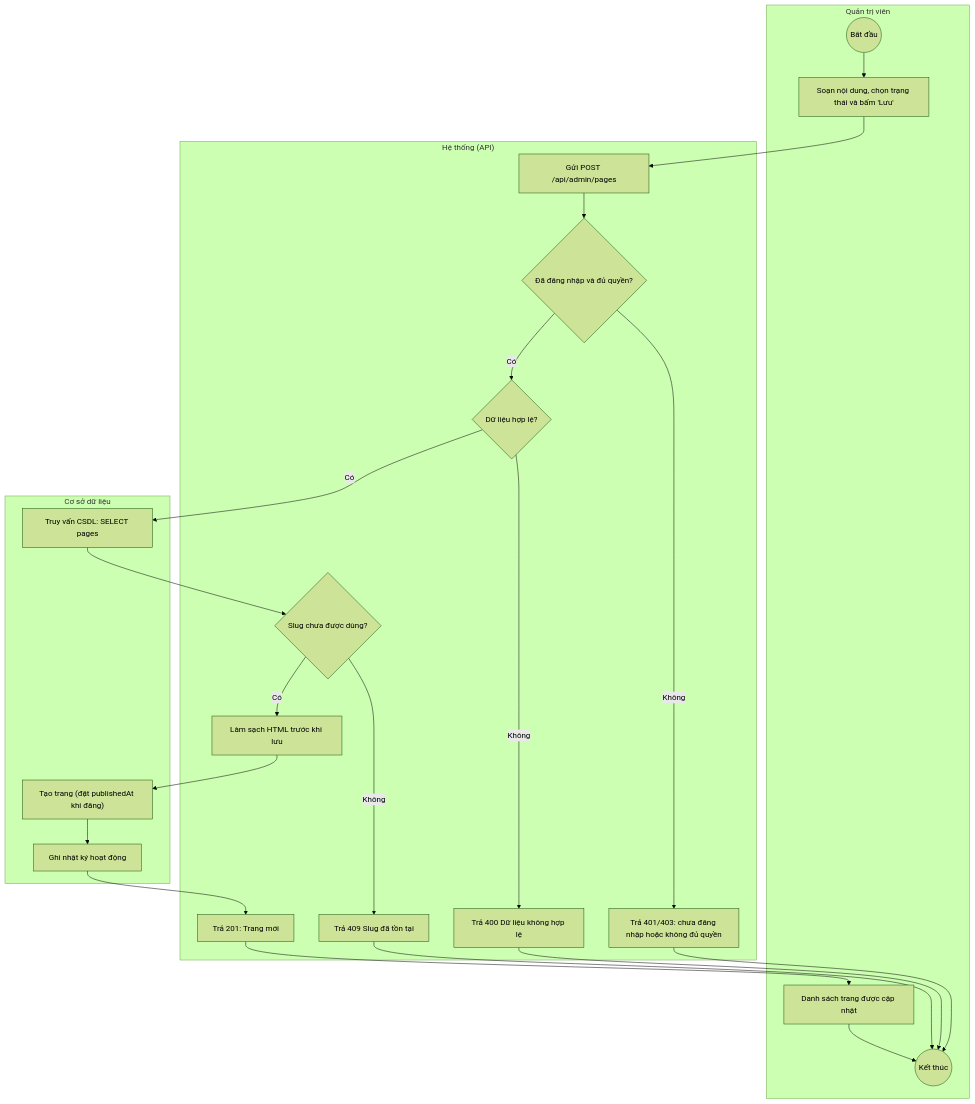
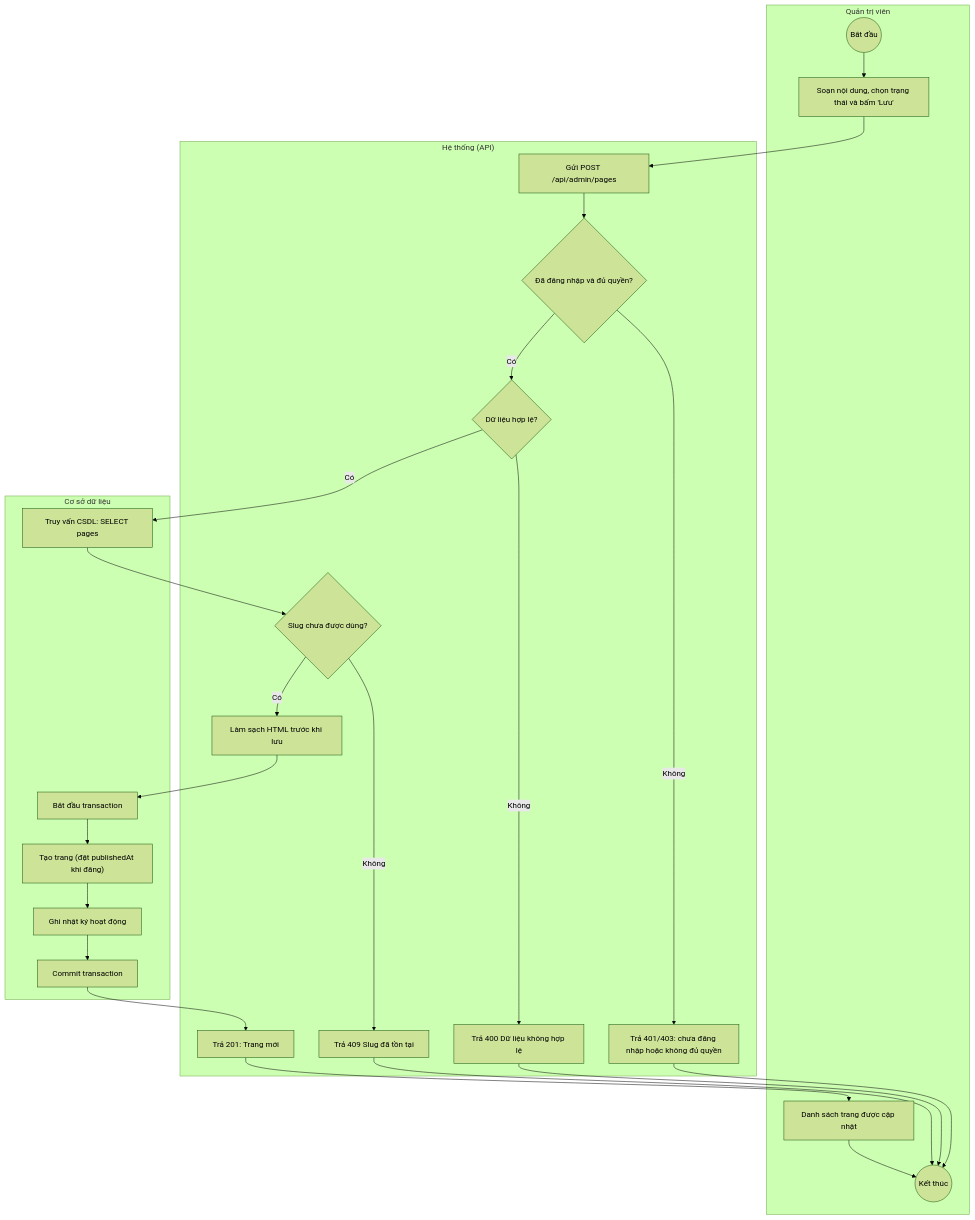
Before and after one commit to 2431540234-arch/XDUDTMDT: the diagram in docs/diagrams/src/activity_UC-ADM-07_quan-ly-trang-tinh.mmd, drawn with Mermaid (forest theme). The commit also changed 49 other files, not shown here.

Commit message:
docs(diagrams): thêm transaction cho UC-ADM, nhánh LOD vượt ngưỡng, kiến trúc dùng ELK

```diff
--- a/docs/diagrams/src/activity_UC-ADM-07_quan-ly-trang-tinh.mmd
+++ b/docs/diagrams/src/activity_UC-ADM-07_quan-ly-trang-tinh.mmd
@@ -1,41 +1,45 @@
 flowchart TD
     subgraph LANE_A["Quản trị viên"]
         n1(("Bắt đầu"))
         n2["Soạn nội dung, chọn trạng thái và bấm 'Lưu'"]
         n15["Danh sách trang được cập nhật"]
         n16(("Kết thúc"))
     end
     subgraph LANE_S["Hệ thống (API)"]
         n3["Gửi POST /api/admin/pages"]
         n4{"Đã đăng nhập và đủ quyền?"}
         n5["Trả 401/403: chưa đăng nhập hoặc không đủ quyền"]
         n6{"Dữ liệu hợp lệ?"}
         n7["Trả 400 Dữ liệu không hợp lệ"]
         n9{"Slug chưa được dùng?"}
         n10["Trả 409 Slug đã tồn tại"]
         n11["Làm sạch HTML trước khi lưu"]
         n14["Trả 201: Trang mới"]
     end
     subgraph LANE_D["Cơ sở dữ liệu"]
         n8["Truy vấn CSDL: SELECT pages"]
+        n17["Bắt đầu transaction"]
         n12["Tạo trang (đặt publishedAt khi đăng)"]
         n13["Ghi nhật ký hoạt động"]
+        n18["Commit transaction"]
     end
     n1 --> n2
     n2 --> n3
     n3 --> n4
     n4 -->|"Không"| n5
     n4 -->|"Có"| n6
     n6 -->|"Không"| n7
     n6 -->|"Có"| n8
     n8 --> n9
     n9 -->|"Không"| n10
     n9 -->|"Có"| n11
-    n11 --> n12
+    n11 --> n17
+    n17 --> n12
     n12 --> n13
-    n13 --> n14
+    n13 --> n18
+    n18 --> n14
     n14 --> n15
     n15 --> n16
     n5 --> n16
     n7 --> n16
     n10 --> n16
```
